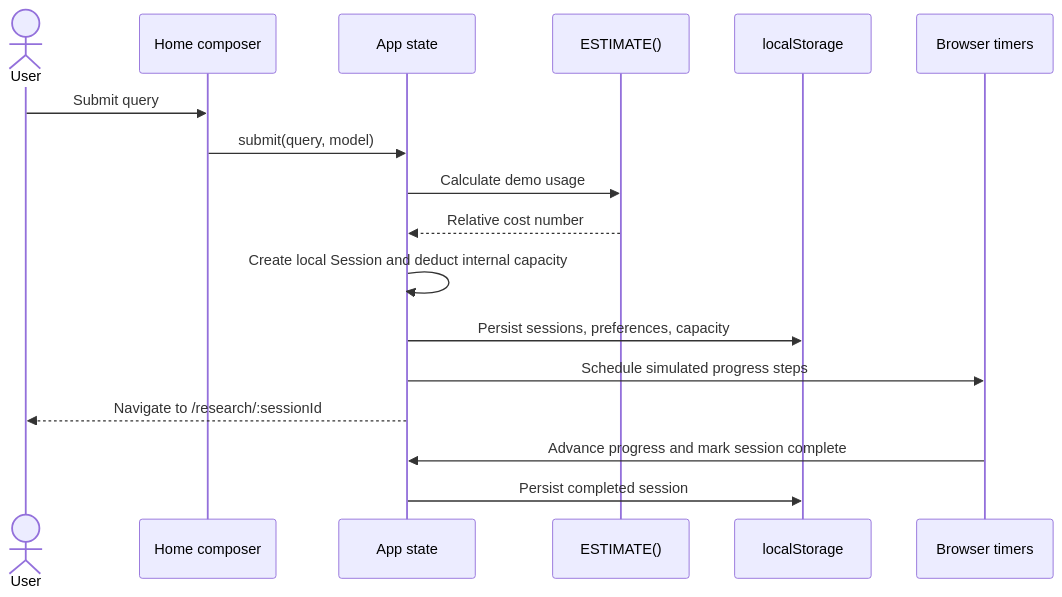
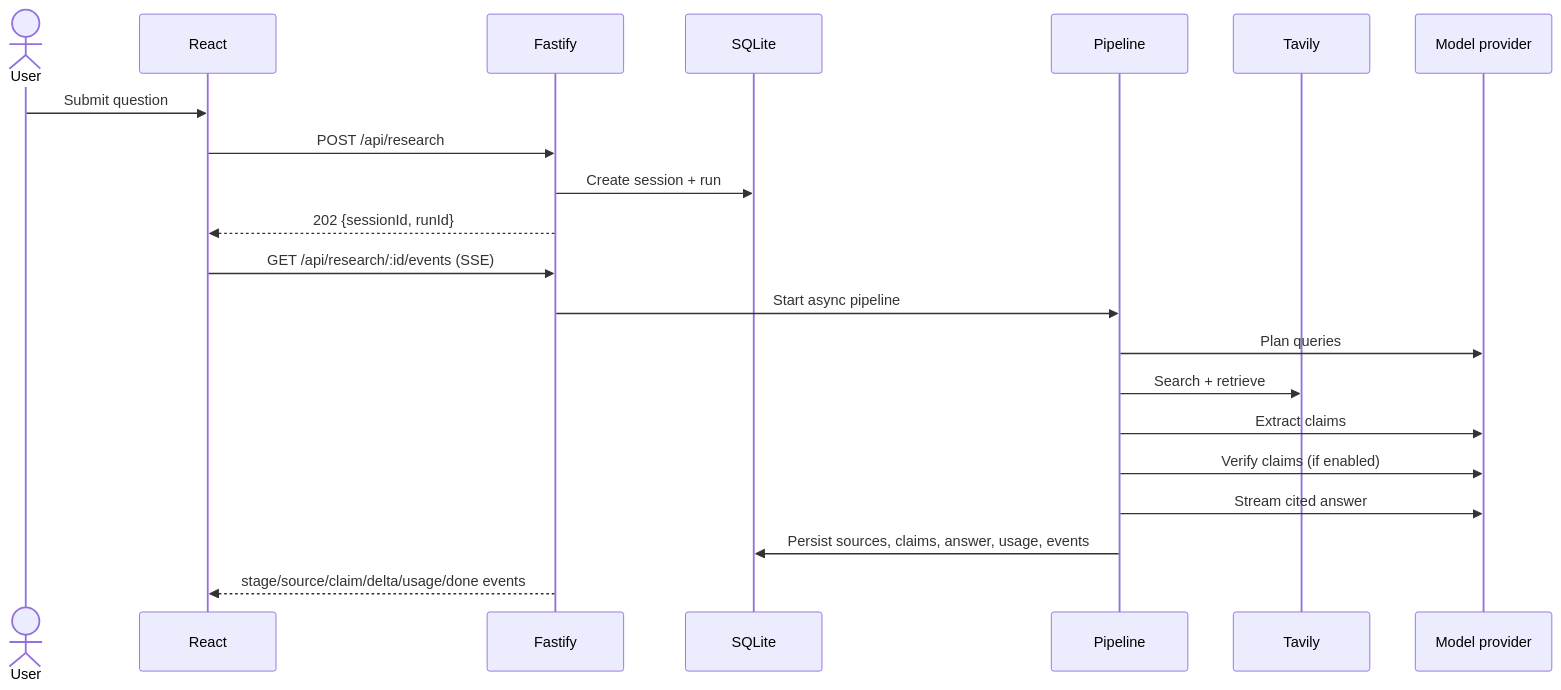
One commit to AjayCSE29/Kairo-AI changed the second of 2 diagrams in ARCHITECTURE.md. Above: the diagram before and after it, drawn with Mermaid. The commit also changed other lines of this file and 43 other files, not shown here.

````diff
--- a/ARCHITECTURE.md
+++ b/ARCHITECTURE.md
@@ -72,19 +71,23 @@
 ```mermaid
 sequenceDiagram
   actor User
-  participant Home as Home composer
-  participant App as App state
-  participant Estimate as ESTIMATE()
-  participant Store as localStorage
-  participant Timer as Browser timers
-  User->>Home: Submit query
-  Home->>App: submit(query, model)
-  App->>Estimate: Calculate demo usage
-  Estimate-->>App: Relative cost number
-  App->>App: Create local Session and deduct internal capacity
-  App->>Store: Persist sessions, preferences, capacity
-  App->>Timer: Schedule simulated progress steps
-  App-->>User: Navigate to /research/:sessionId
-  Timer->>App: Advance progress and mark session complete
-  App->>Store: Persist completed session
+  participant Web as React
+  participant API as Fastify
+  participant DB as SQLite
+  participant Pipeline
+  participant Search as Tavily
+  participant Model as Model provider
+  User->>Web: Submit question
+  Web->>API: POST /api/research
+  API->>DB: Create session + run
+  API-->>Web: 202 {sessionId, runId}
+  Web->>API: GET /api/research/:id/events (SSE)
+  API->>Pipeline: Start async pipeline
+  Pipeline->>Model: Plan queries
+  Pipeline->>Search: Search + retrieve
+  Pipeline->>Model: Extract claims
+  Pipeline->>Model: Verify claims (if enabled)
+  Pipeline->>Model: Stream cited answer
+  Pipeline->>DB: Persist sources, claims, answer, usage, events
+  API-->>Web: stage/source/claim/delta/usage/done events
 ```
````
